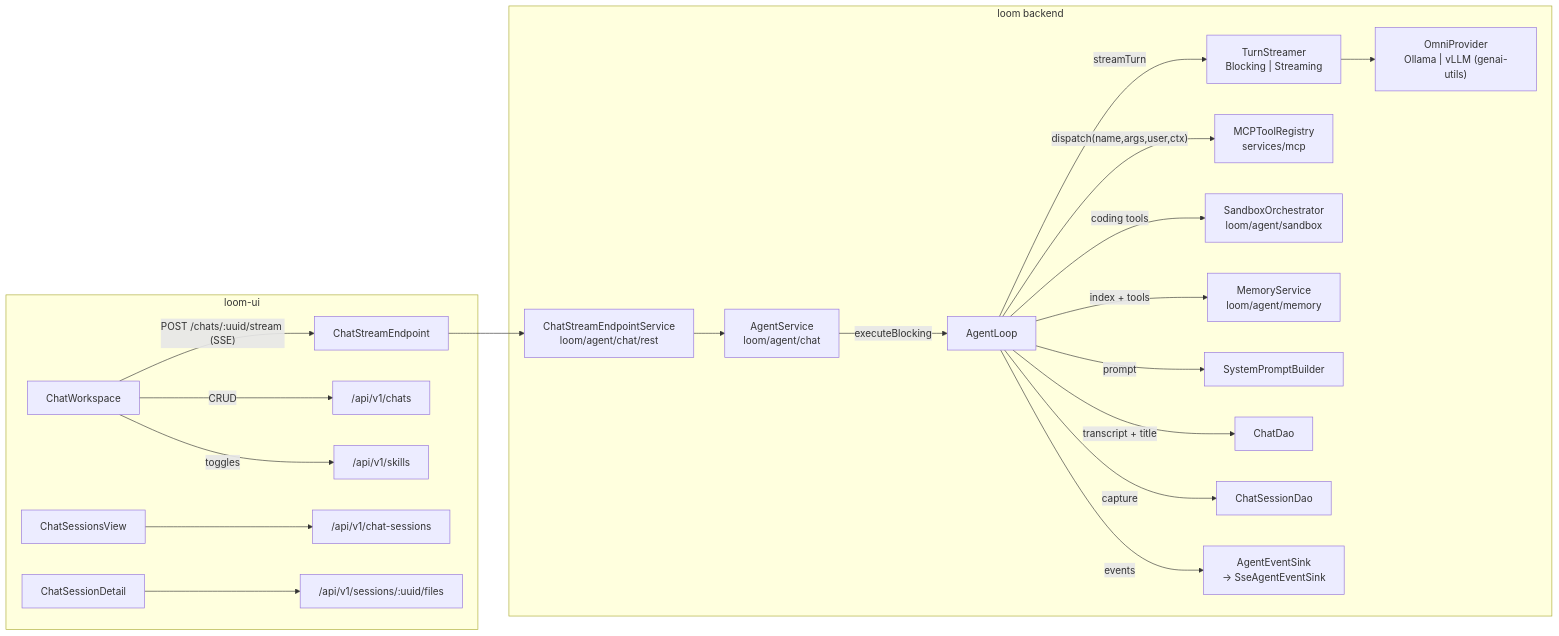
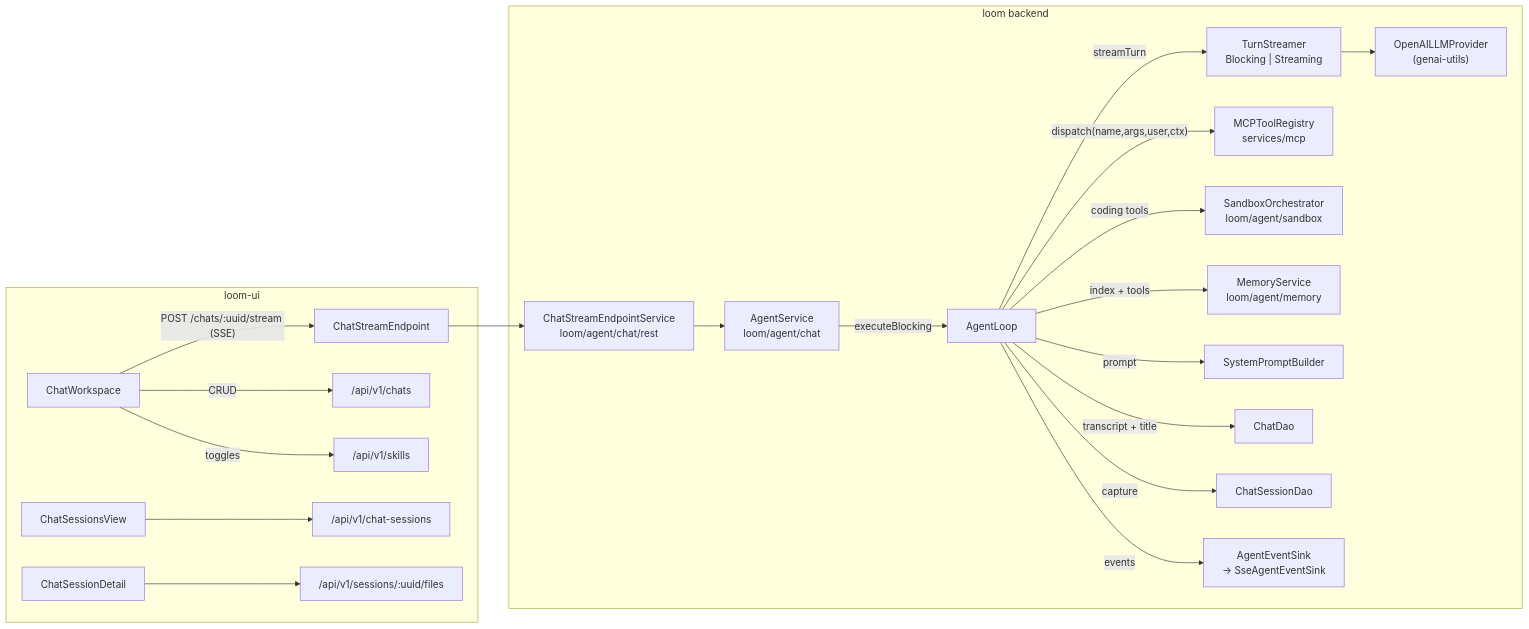
The first of 2 diagrams in spec/loom/ui/CHAT.md (metaloom/metaloom), drawn with Mermaid before and after one commit. The commit also changed other lines of this file and 126 other files, not shown here.

````diff
--- a/spec/loom/ui/CHAT.md
+++ b/spec/loom/ui/CHAT.md
@@ -59,24 +59,24 @@
 ```mermaid
 graph LR
     subgraph loomui["loom-ui"]
         CW[ChatWorkspace] -->|"POST /chats/:uuid/stream (SSE)"| SSE
         CW -->|CRUD| CHATS["/api/v1/chats"]
         CW -->|toggles| SKILLS["/api/v1/skills"]
         CSV[ChatSessionsView] --> CSES2["/api/v1/chat-sessions"]
         CSD[ChatSessionDetail] --> FS["/api/v1/sessions/:uuid/files"]
     end
     subgraph backend["loom backend"]
         SSE[ChatStreamEndpoint] --> CSS["ChatStreamEndpointService<br/>loom/agent/chat/rest"]
         CSS --> AS["AgentService<br/>loom/agent/chat"]
         AS -->|executeBlocking| AL[AgentLoop]
         AL -->|streamTurn| TS["TurnStreamer<br/>Blocking | Streaming"]
-        TS --> LLM["OmniProvider<br/>Ollama | vLLM (genai-utils)"]
+        TS --> LLM["OpenAILLMProvider<br/>(genai-utils)"]
         AL -->|"dispatch(name,args,user,ctx)"| MCP["MCPToolRegistry<br/>services/mcp"]
         AL -->|coding tools| SB["SandboxOrchestrator<br/>loom/agent/sandbox"]
         AL -->|index + tools| MEM["MemoryService<br/>loom/agent/memory"]
         AL -->|prompt| SPB[SystemPromptBuilder]
         AL -->|"transcript + title"| CD[ChatDao]
         AL -->|capture| CSD2[ChatSessionDao]
         AL -->|events| SINK["AgentEventSink<br/>→ SseAgentEventSink"]
     end
 ```
````
